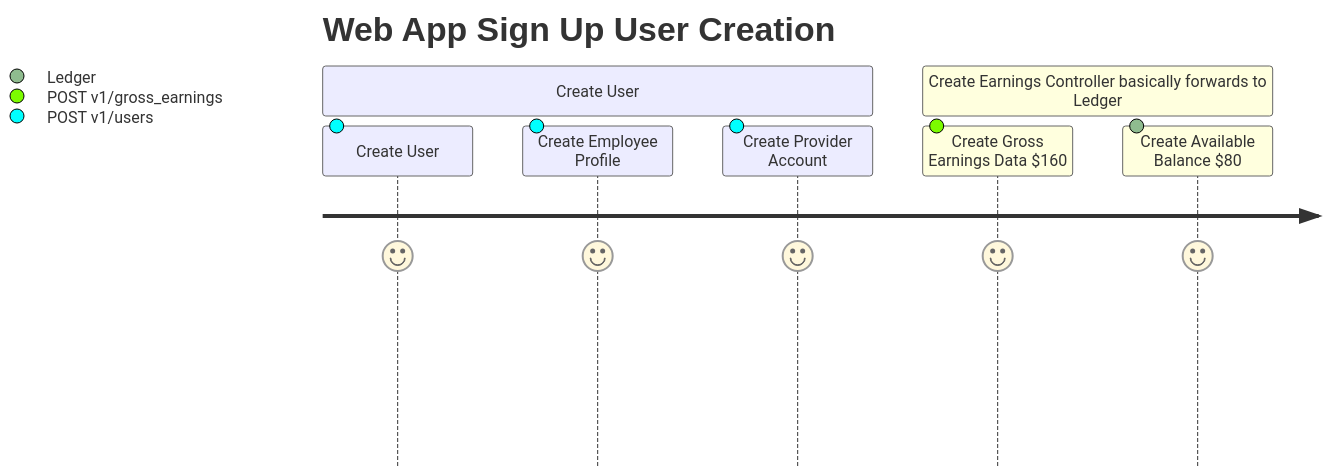
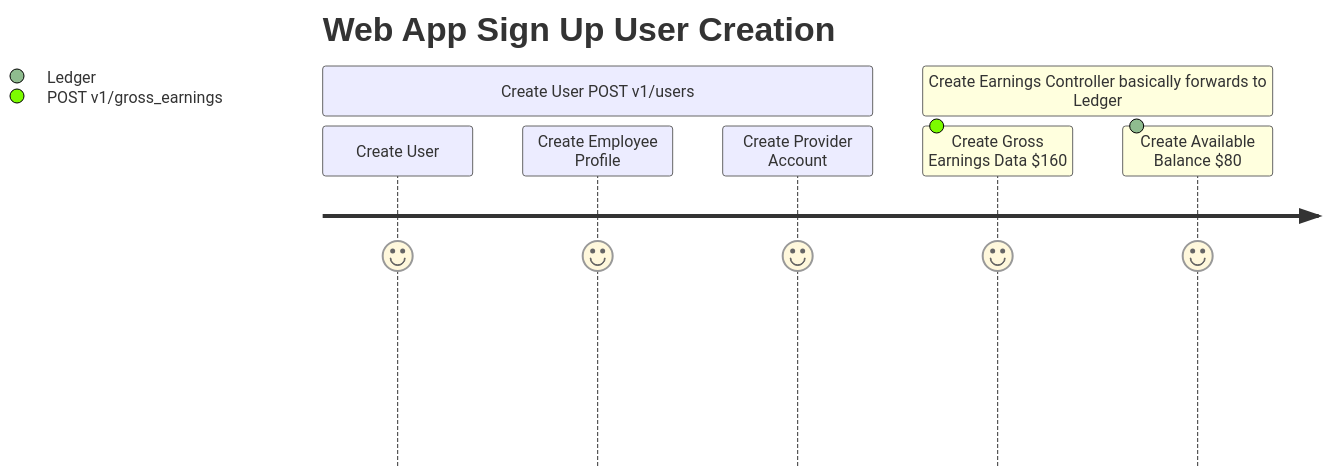
One commit to tmart134/example-repo changed the second of 2 diagrams in README.md. Above: the diagram before and after it, drawn with Mermaid.

````diff
--- a/README.md
+++ b/README.md
@@ -11,11 +11,11 @@
 ```mermaid
     journey
         title Web App Sign Up User Creation
-        section Create User
-        Create User: 7: POST v1/users
-        Create Employee Profile: 7: POST v1/users
-        Create Provider Account: 7: POST v1/users
+        section Create User POST v1/users
+        Create User: 7
+        Create Employee Profile: 7
+        Create Provider Account: 7
         section Create Earnings Controller basically forwards to Ledger
         Create Gross Earnings Data $160: 7: POST v1/gross_earnings
         Create Available Balance $80: 7: Ledger
 ```
````
